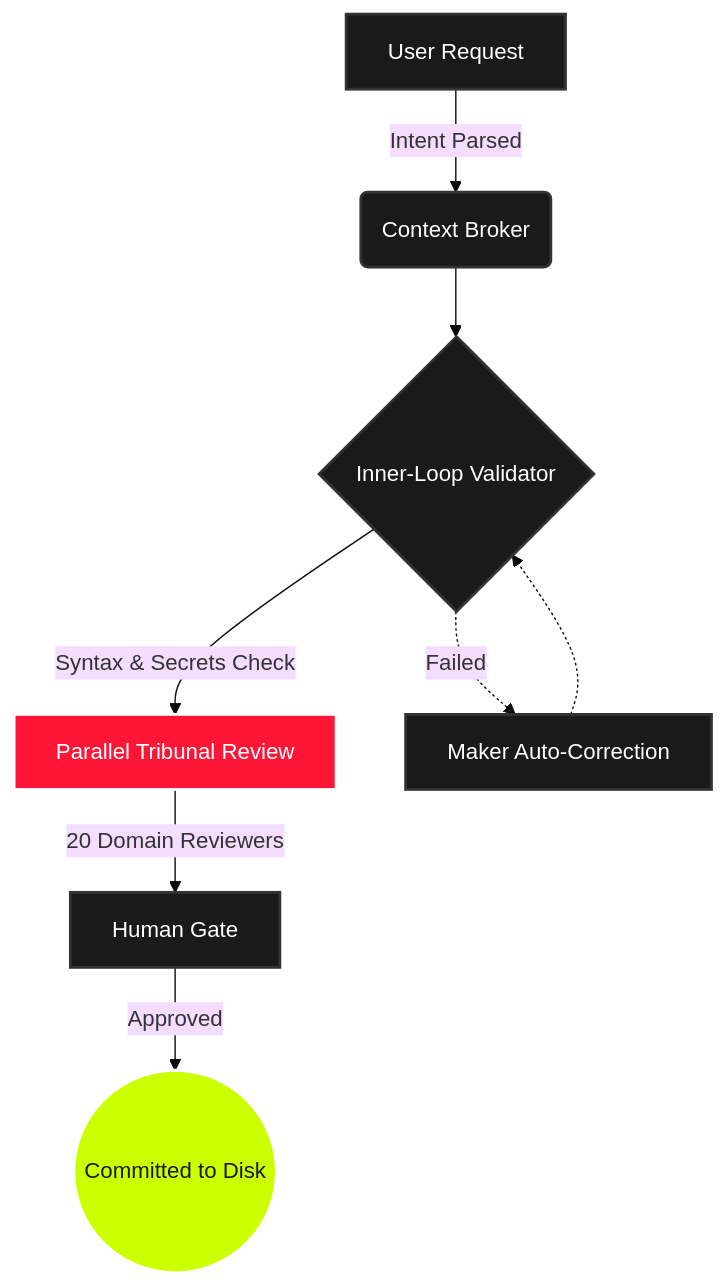
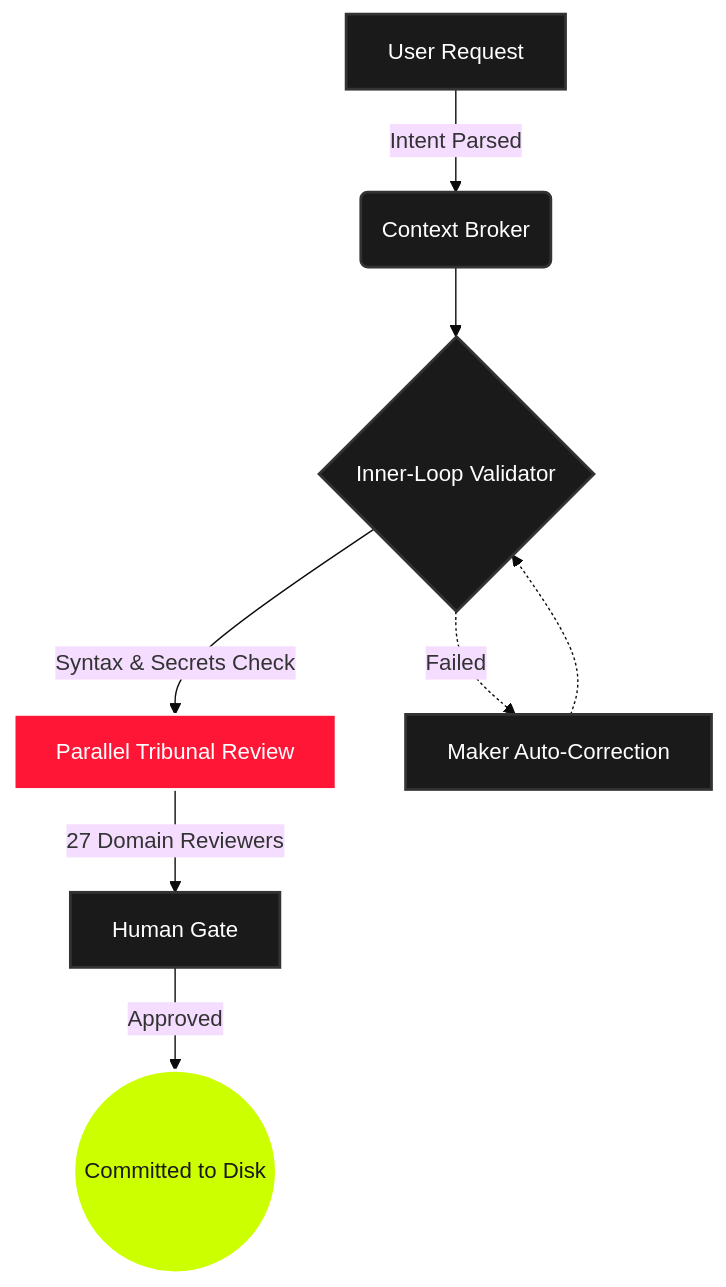
Before and after one commit to Harmitx7/tribunal-kit: the diagram in README.md, drawn with Mermaid (base theme). The commit also changed other lines of this file and 50 other files, not shown here.

````diff
--- a/README.md
+++ b/README.md
@@ -215,19 +237,19 @@
 ```mermaid
 graph TD
     A[User Request] -->|Intent Parsed| B(Context Broker)
     B --> C{Inner-Loop Validator}
 
     C -->|Syntax & Secrets Check| D[Parallel Tribunal Review]
     C -.->|Failed| E[Maker Auto-Correction]
     E -.-> C
 
-    D -->|20 Domain Reviewers| F[Human Gate]
+    D -->|27 Domain Reviewers| F[Human Gate]
     F -->|Approved| G((Committed to Disk))
 
     classDef default fill:#1a1a1a,stroke:#333,stroke-width:2px,color:#fff;
     classDef critical fill:#ff1637,stroke:#fff,stroke-width:2px,color:#fff;
     classDef success fill:#ccff00,stroke:#fff,stroke-width:2px,color:#1a1a1a;
 
     class D critical;
     class G success;
 ```
````
